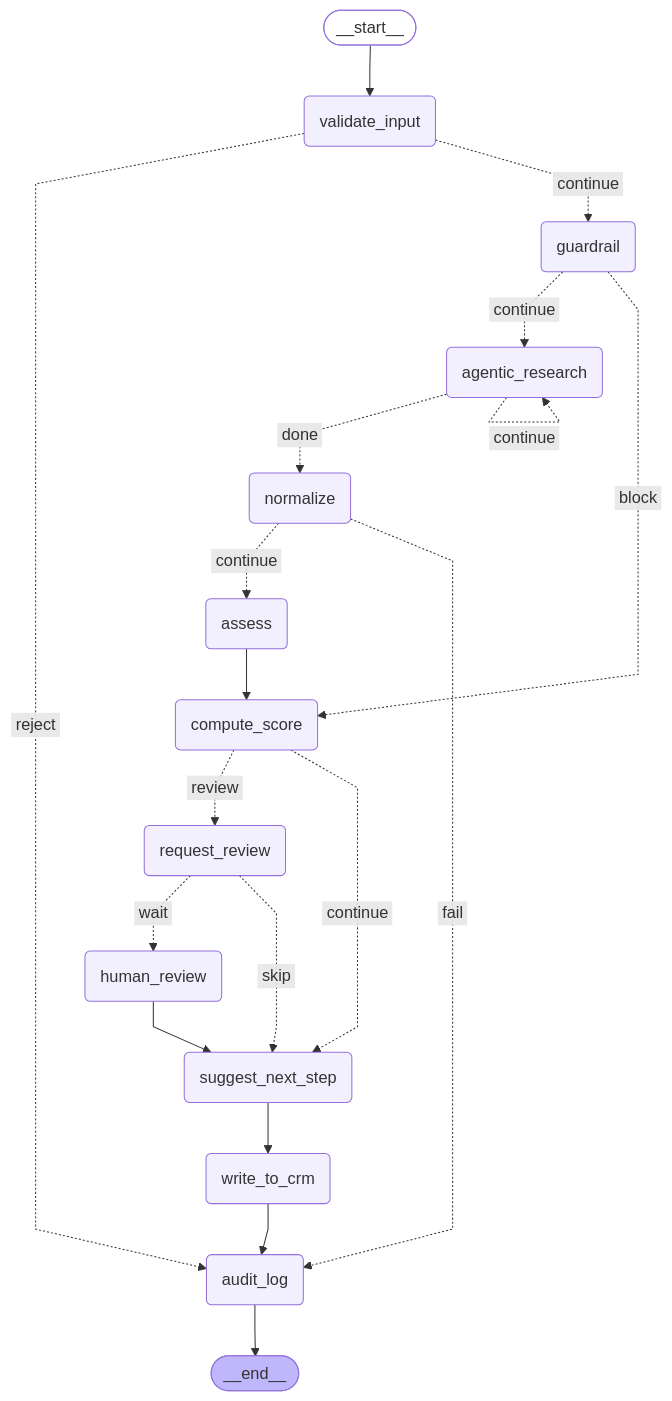
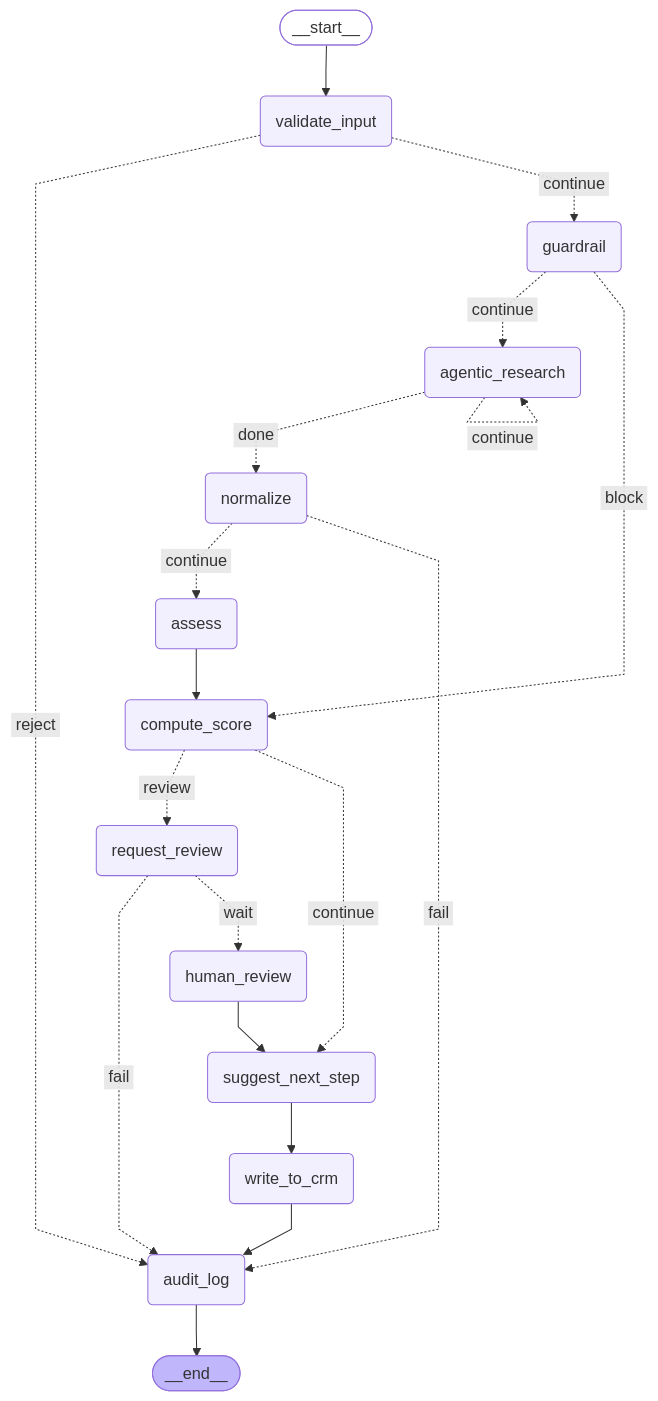
One commit to narcelioferreira/lead-qualifier changed the diagram in docs/grafo-revisao.mmd. Above: the diagram before and after it, drawn with Mermaid. The commit also changed 18 other files, not shown here.

```diff
--- a/docs/grafo-revisao.mmd
+++ b/docs/grafo-revisao.mmd
@@ -1,40 +1,40 @@
 ---
 config:
   flowchart:
     curve: linear
 ---
 graph TD;
 	__start__([<p>__start__</p>]):::first
 	validate_input(validate_input)
 	agentic_research(agentic_research)
 	normalize(normalize)
 	assess(assess)
 	compute_score(compute_score)
 	write_to_crm(write_to_crm)
 	audit_log(audit_log)
 	suggest_next_step(suggest_next_step)
 	guardrail(guardrail)
 	request_review(request_review)
 	human_review(human_review)
 	__end__([<p>__end__</p>]):::last
 	__start__ --> validate_input;
 	agentic_research -. &nbsp;done&nbsp; .-> normalize;
 	assess --> compute_score;
 	compute_score -. &nbsp;review&nbsp; .-> request_review;
 	compute_score -. &nbsp;continue&nbsp; .-> suggest_next_step;
 	guardrail -. &nbsp;continue&nbsp; .-> agentic_research;
 	guardrail -. &nbsp;block&nbsp; .-> compute_score;
 	human_review --> suggest_next_step;
 	normalize -. &nbsp;continue&nbsp; .-> assess;
 	normalize -. &nbsp;fail&nbsp; .-> audit_log;
+	request_review -. &nbsp;fail&nbsp; .-> audit_log;
 	request_review -. &nbsp;wait&nbsp; .-> human_review;
-	request_review -. &nbsp;skip&nbsp; .-> suggest_next_step;
 	suggest_next_step --> write_to_crm;
 	validate_input -. &nbsp;reject&nbsp; .-> audit_log;
 	validate_input -. &nbsp;continue&nbsp; .-> guardrail;
 	write_to_crm --> audit_log;
 	audit_log --> __end__;
 	agentic_research -. &nbsp;continue&nbsp; .-> agentic_research;
 	classDef default fill:#f2f0ff,line-height:1.2
 	classDef first fill-opacity:0
 	classDef last fill:#bfb6fc
```
